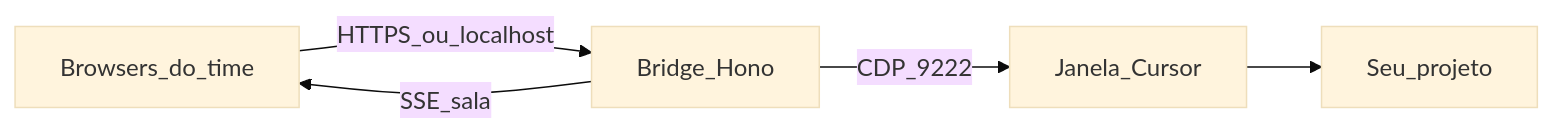
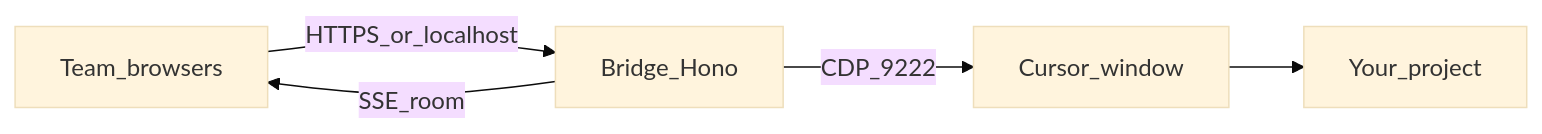
The diagram in README.md (glira/cursor-web-bridge), drawn with Mermaid (base theme) before and after one commit. The commit also changed other lines of this file, not shown here.

Commit message:
Update README.md for clarity and translation improvements. Revise sections to enhance understanding of the collaborative Cursor agent bridge, including features, functionality, and setup instructions.

````diff
--- a/README.md
+++ b/README.md
@@ -51,7 +51,7 @@
 ```mermaid
 flowchart LR
-  browsers[Browsers_do_time] -->|HTTPS_ou_localhost| hono[Bridge_Hono]
-  hono -->|SSE_sala| browsers
-  hono -->|CDP_9222| cursor[Janela_Cursor]
-  cursor --> workspace[Seu_projeto]
+  browsers[Team_browsers] -->|HTTPS_or_localhost| hono[Bridge_Hono]
+  hono -->|SSE_room| browsers
+  hono -->|CDP_9222| cursor[Cursor_window]
+  cursor --> workspace[Your_project]
 ```
````
